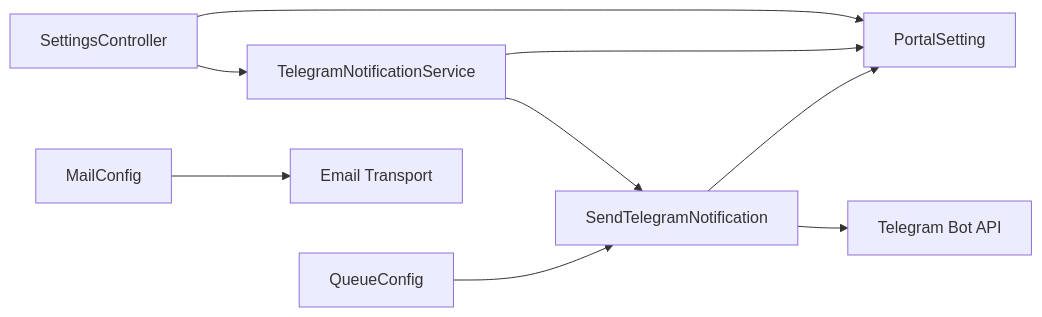
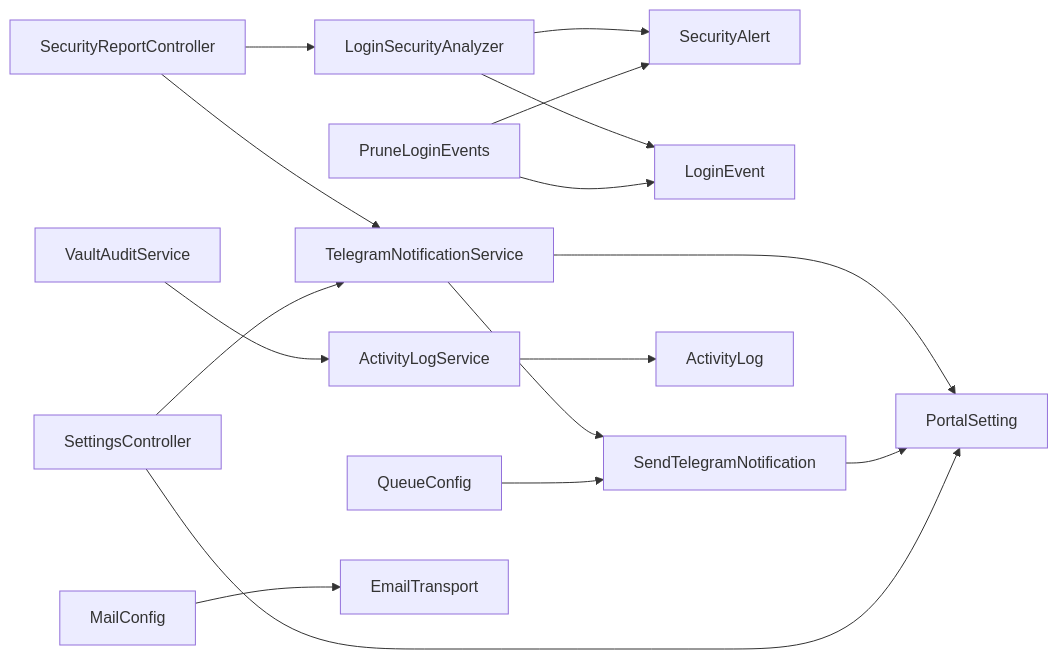
Before and after one commit to FCS-WP/website_portal: the eighth of 8 diagrams in .qoder/repowiki/en/content/Notification System/Notification System.md, drawn with Mermaid. The commit also changed other lines of this file and 37 other files, not shown here.

````diff
--- a/.qoder/repowiki/en/content/Notification System/Notification System.md
+++ b/.qoder/repowiki/en/content/Notification System/Notification System.md
@@ -289,11 +446,18 @@
 ```mermaid
 graph LR
-SettingsController --> PortalSetting
-SettingsController --> TelegramNotificationService
+SecurityReportController --> LoginSecurityAnalyzer
+SecurityReportController --> TelegramNotificationService
+LoginSecurityAnalyzer --> SecurityAlert
+LoginSecurityAnalyzer --> LoginEvent
+PruneLoginEvents --> LoginEvent
+PruneLoginEvents --> SecurityAlert
 TelegramNotificationService --> PortalSetting
 TelegramNotificationService --> SendTelegramNotification
 SendTelegramNotification --> PortalSetting
-SendTelegramNotification --> TelegramBotAPI["Telegram Bot API"]
+VaultAuditService --> ActivityLogService
+ActivityLogService --> ActivityLog
+SettingsController --> PortalSetting
+SettingsController --> TelegramNotificationService
 QueueConfig --> SendTelegramNotification
-MailConfig --> EmailTransport["Email Transport"]
+MailConfig --> EmailTransport
 ```
````
